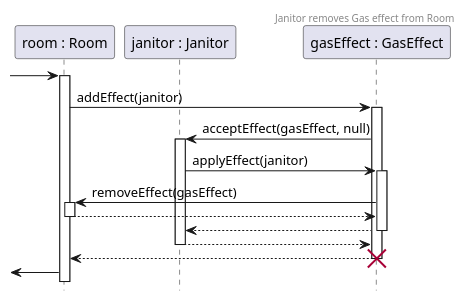
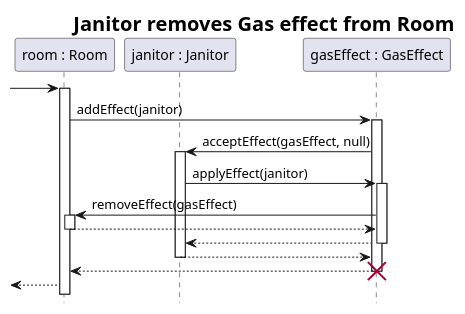
One commit to Kristof-me/Logarlec changed the diagram in docs/sequence/effect/JanitorCleansRoom.puml. Above: the diagram before and after it, drawn with PlantUML. The commit also changed 4 other files, not shown here.

Commit message:
Added last Janitor diagram

```diff
--- a/docs/sequence/effect/JanitorCleansRoom.puml
+++ b/docs/sequence/effect/JanitorCleansRoom.puml
@@ -1,26 +1,29 @@
 @startuml JanitorCleansRoom
+skinparam headerFontSize 20
+skinparam HeaderFontColor #000000
+skinparam HeaderFontStyle bold
 header Janitor removes Gas effect from Room
 
 hide footbox
 
 participant R as "room : Room"
 participant J as "janitor : Janitor"
 participant G as "gasEffect : GasEffect"
 
 -> R
 activate R 
 
 R -> G ++: addEffect(janitor)
 G -> J ++: acceptEffect(gasEffect, null)
 J -> G ++: applyEffect(janitor)
     G -> R ++: removeEffect(gasEffect)
     return
 
 return
 return
 return
 
 destroy G
 
-<- R
+<-- R
 @enduml
```
